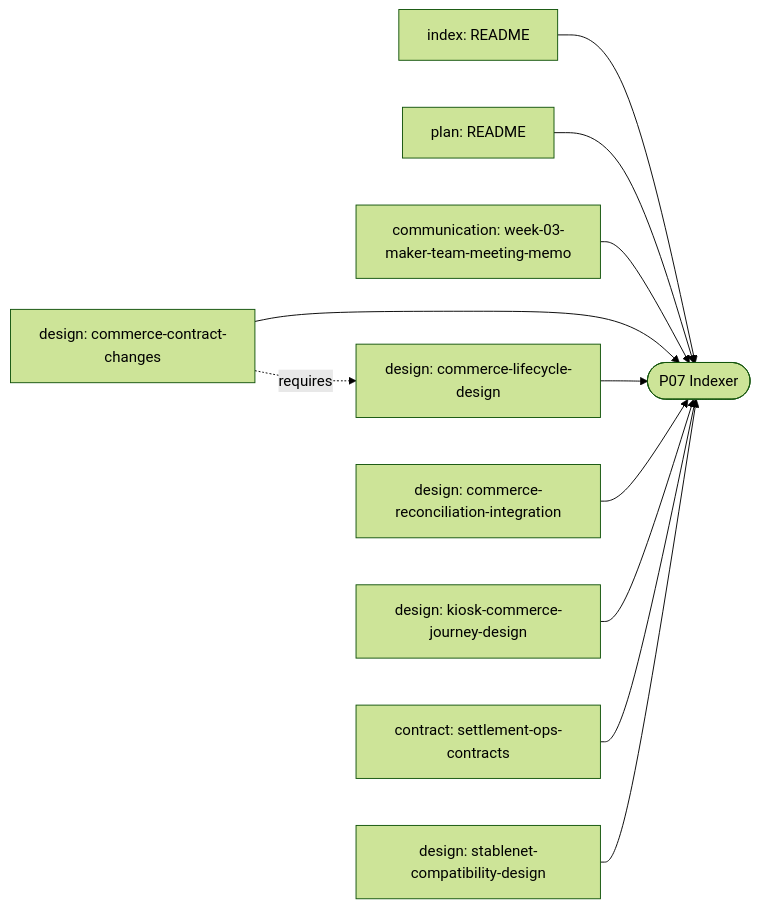
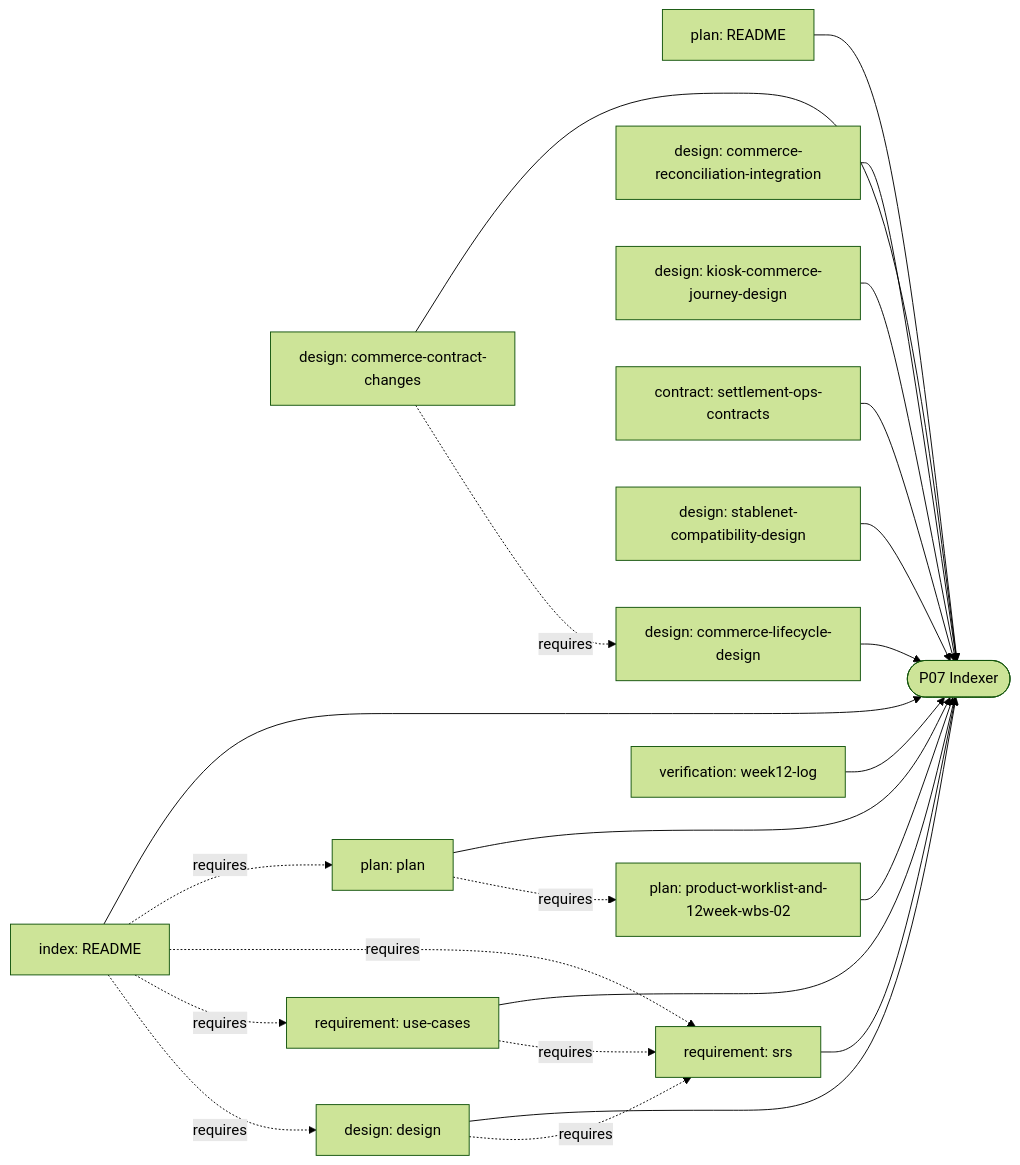
The seventh of 10 diagrams in docs/content/analysis/xbar/FINDINGS.md (0xmhha/nu-54v-dk-toy), drawn with Mermaid (forest theme) before and after one commit. The commit also changed other lines of this file and 31 other files, not shown here.

````diff
--- a/docs/content/analysis/xbar/FINDINGS.md
+++ b/docs/content/analysis/xbar/FINDINGS.md
@@ -975,14 +1174,26 @@
 ```mermaid
 graph LR
   P07(["P07 Indexer"])
   d0["index: README"] --> P07
   d1["plan: README"] --> P07
-  d2["communication: week-03-maker-team-meeting-memo"] --> P07
-  d3["design: commerce-contract-changes"] --> P07
-  d4["design: commerce-lifecycle-design"] --> P07
-  d5["design: commerce-reconciliation-integration"] --> P07
-  d6["design: kiosk-commerce-journey-design"] --> P07
-  d7["contract: settlement-ops-contracts"] --> P07
-  d8["design: stablenet-compatibility-design"] --> P07
-  d3 -. requires .-> d4
+  d2["design: commerce-contract-changes"] --> P07
+  d3["design: commerce-lifecycle-design"] --> P07
+  d4["design: commerce-reconciliation-integration"] --> P07
+  d5["design: kiosk-commerce-journey-design"] --> P07
+  d6["contract: settlement-ops-contracts"] --> P07
+  d7["design: stablenet-compatibility-design"] --> P07
+  d8["plan: plan"] --> P07
+  d9["requirement: srs"] --> P07
+  d10["requirement: use-cases"] --> P07
+  d11["design: design"] --> P07
+  d12["plan: product-worklist-and-12week-wbs-02"] --> P07
+  d13["verification: week12-log"] --> P07
+  d0 -. requires .-> d8
+  d0 -. requires .-> d9
+  d0 -. requires .-> d10
+  d0 -. requires .-> d11
+  d2 -. requires .-> d3
+  d8 -. requires .-> d12
+  d10 -. requires .-> d9
+  d11 -. requires .-> d9
 ```
````
